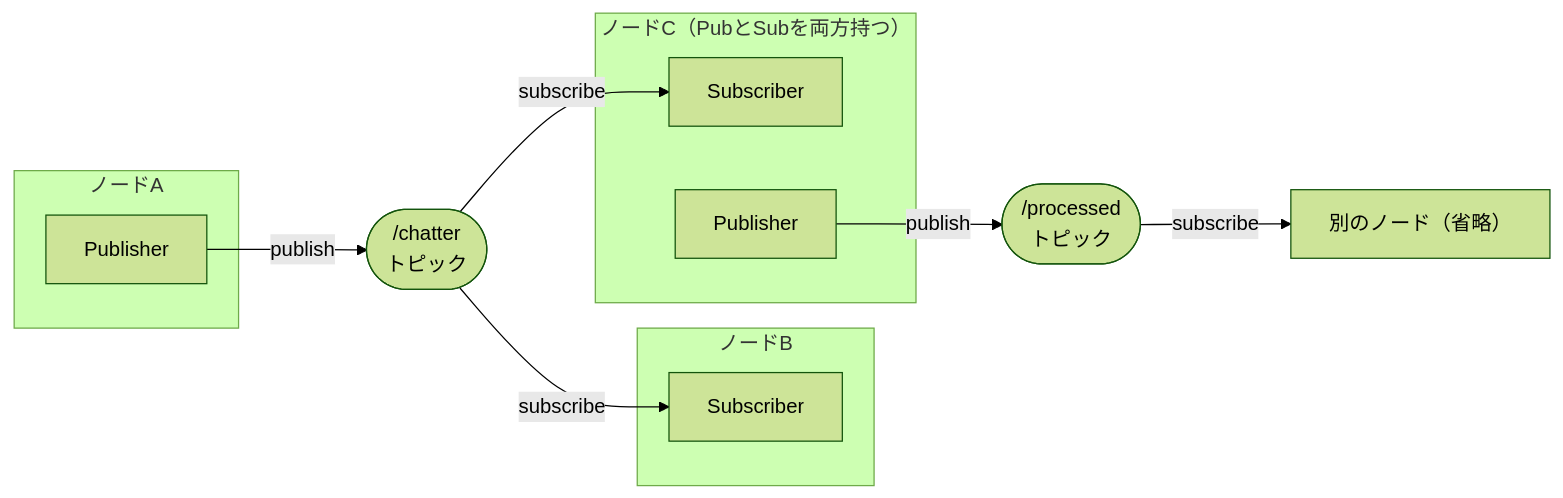
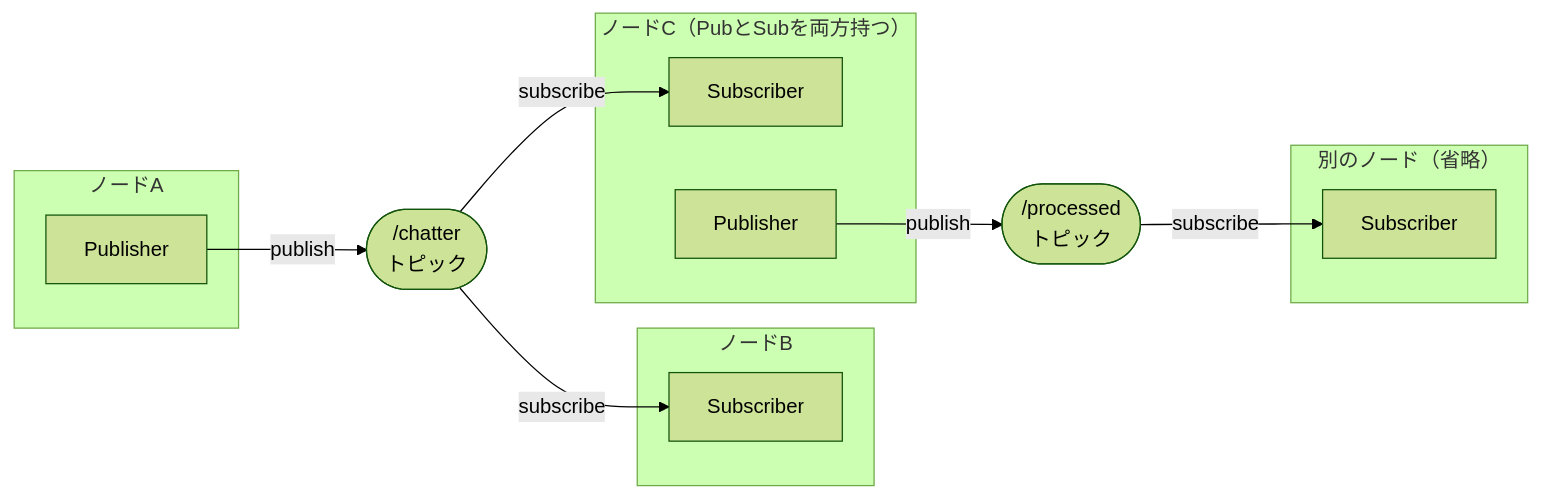
The second of 4 diagrams in docs/04_publisher_subscriber.md (Harlequinade1123/ros1-tutorials), drawn with Mermaid (forest theme) before and after one commit. The commit also changed other lines of this file, not shown here.

Commit message:
docs: add Subscriber subgraph to node diagrams in ch.4

````diff
--- a/docs/04_publisher_subscriber.md
+++ b/docs/04_publisher_subscriber.md
@@ -37,22 +37,24 @@
 ```mermaid
 graph LR
     subgraph nodeA ["ノードA"]
         pubA["Publisher"]
     end
     ch(["/chatter<br/>トピック"])
     subgraph nodeB ["ノードB"]
         subB["Subscriber"]
     end
     subgraph nodeC ["ノードC（PubとSubを両方持つ）"]
         subC["Subscriber"]
         pubC["Publisher"]
     end
     pr(["/processed<br/>トピック"])
-    ds["別のノード（省略）"]
+    subgraph dsNode ["別のノード（省略）"]
+        dsSub["Subscriber"]
+    end
 
     pubA -->|"publish"| ch
     ch -->|"subscribe"| subB
     ch -->|"subscribe"| subC
     pubC -->|"publish"| pr
-    pr -->|"subscribe"| ds
+    pr -->|"subscribe"| dsSub
 ```
````
